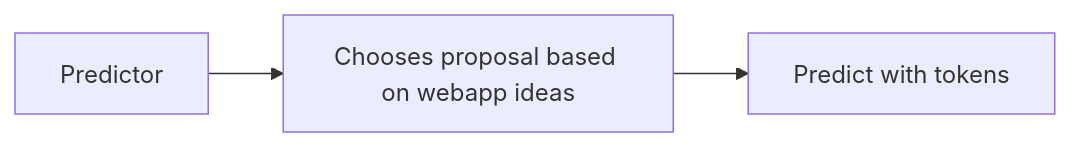
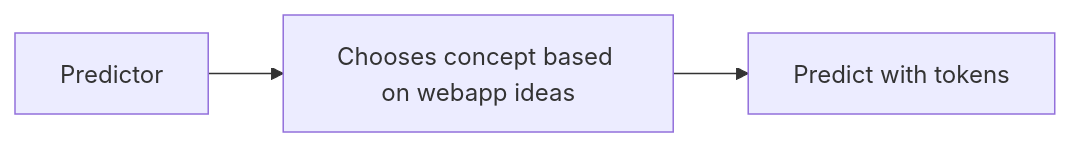
The second of 5 diagrams in README.md (fluidity-money/shahmeersgame.com), drawn with Mermaid before and after one commit. The commit also changed other lines of this file and 20 other files, not shown here.

````diff
--- a/README.md
+++ b/README.md
@@ -28,6 +28,6 @@
 ```mermaid
 flowchart LR
     Predictor
-    --> ChoosesProposal[Chooses proposal based on webapp ideas]
+    --> ChoosesConcept[Chooses concept based on webapp ideas]
     --> SpendsAmount[Predict with tokens]
 ```
````
